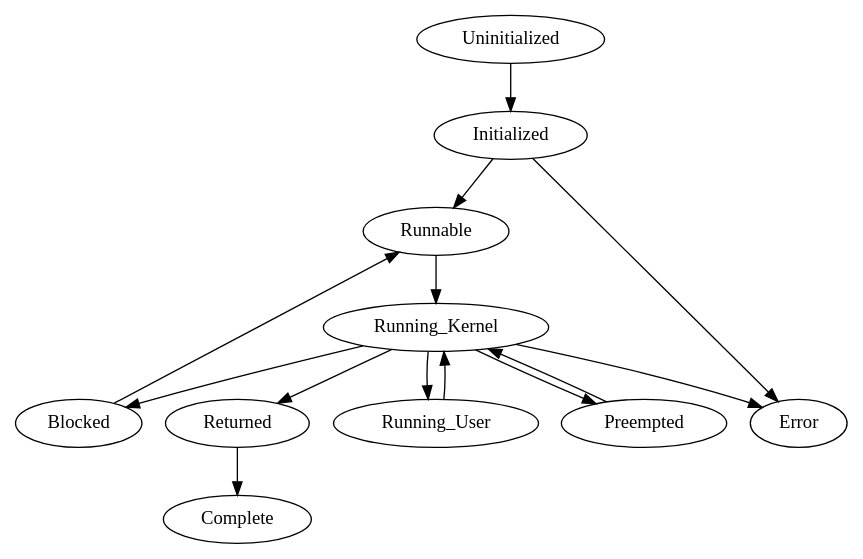
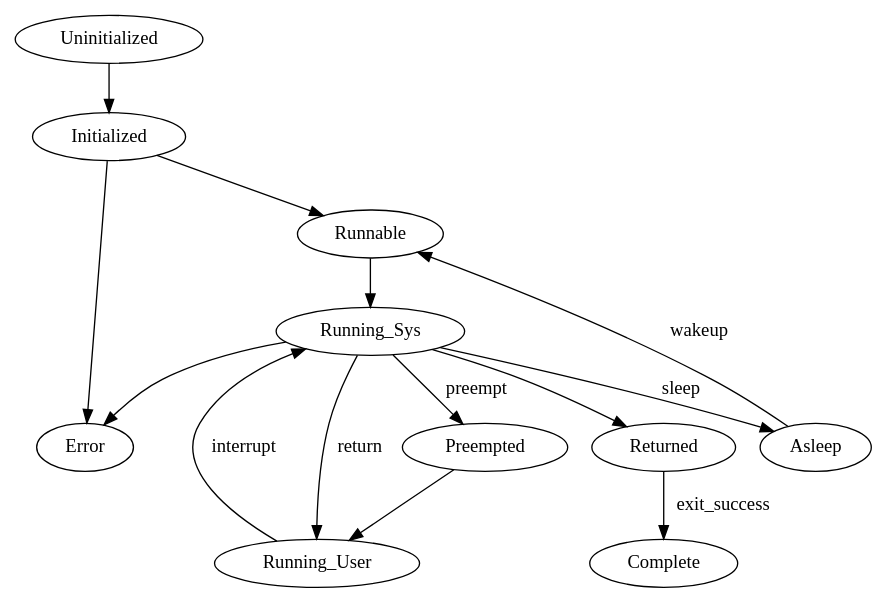
One commit to gwsystems/sledge-serverless-framework changed the diagram in docs/sledge-states/states.dot. Above: the diagram before and after it, drawn with Graphviz. The commit also changed 16 other files, not shown here.

```diff
--- a/docs/sledge-states/states.dot
+++ b/docs/sledge-states/states.dot
@@ -1,8 +1,13 @@
 digraph {
 	Uninitialized -> Initialized
 	Initialized -> {Runnable Error}
-	{Runnable Running_User Preempted} -> Running_Kernel
-	Running_Kernel -> {Blocked Error Preempted Returned Running_User}
-	Returned -> Complete
-	Blocked -> Runnable
+	Runnable -> Running_Sys
+	Running_User -> Running_Sys [label="interrupt"]
+	Running_Sys -> Asleep [label="sleep"]
+	Running_Sys -> {Error Returned}
+	Running_Sys -> Running_User [label="return"]
+	Running_Sys -> Preempted [label="preempt"]
+	Preempted -> Running_User
+	Returned -> Complete [label="exit_success"]
+	Asleep -> Runnable [label="wakeup"]
 } 
```
